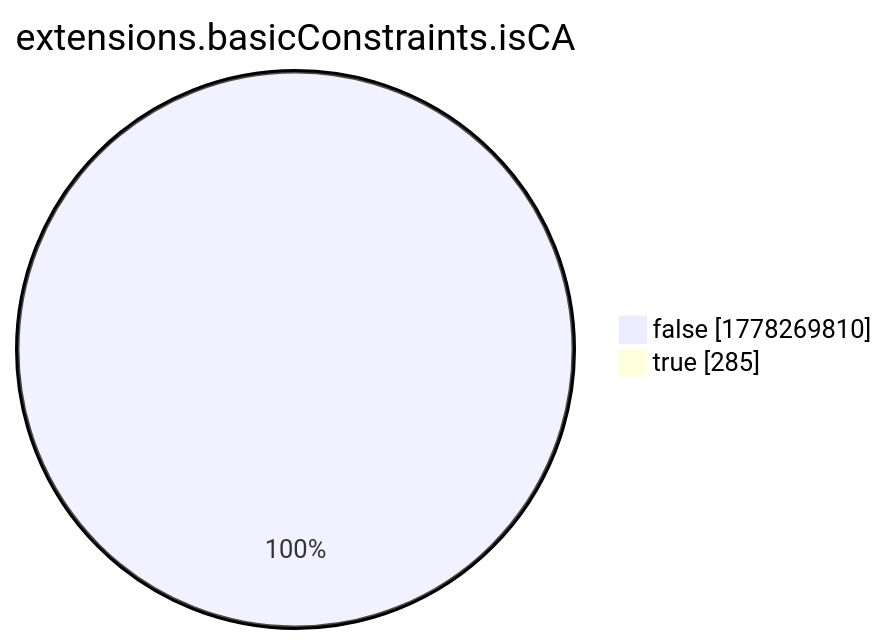
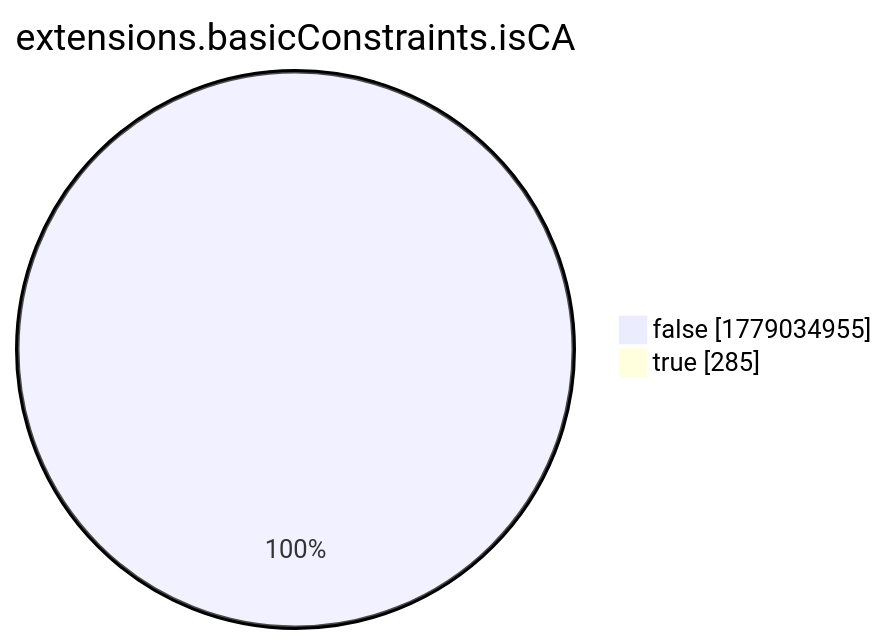
One commit to christiankrug/ctmonitor_visualization changed the eighth of 15 diagrams in xenon2022/README.md. Above: the diagram before and after it, drawn with Mermaid. The commit also changed other lines of this file, not shown here.

````diff
--- a/xenon2022/README.md
+++ b/xenon2022/README.md
@@ -2868,6 +2868,6 @@
 ```mermaid
 pie showData
 title extensions.basicConstraints.isCA
-"false" :1778269810
+"false" :1779034955
 "true" :285
 ```
````
